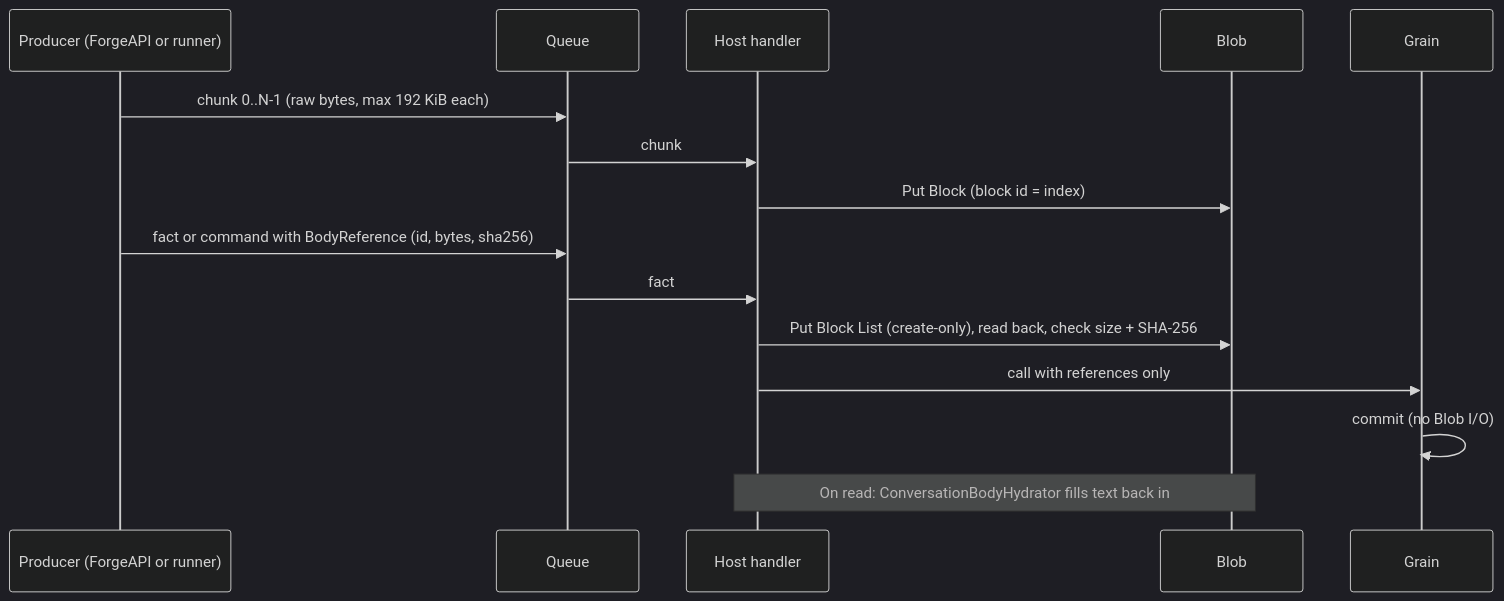
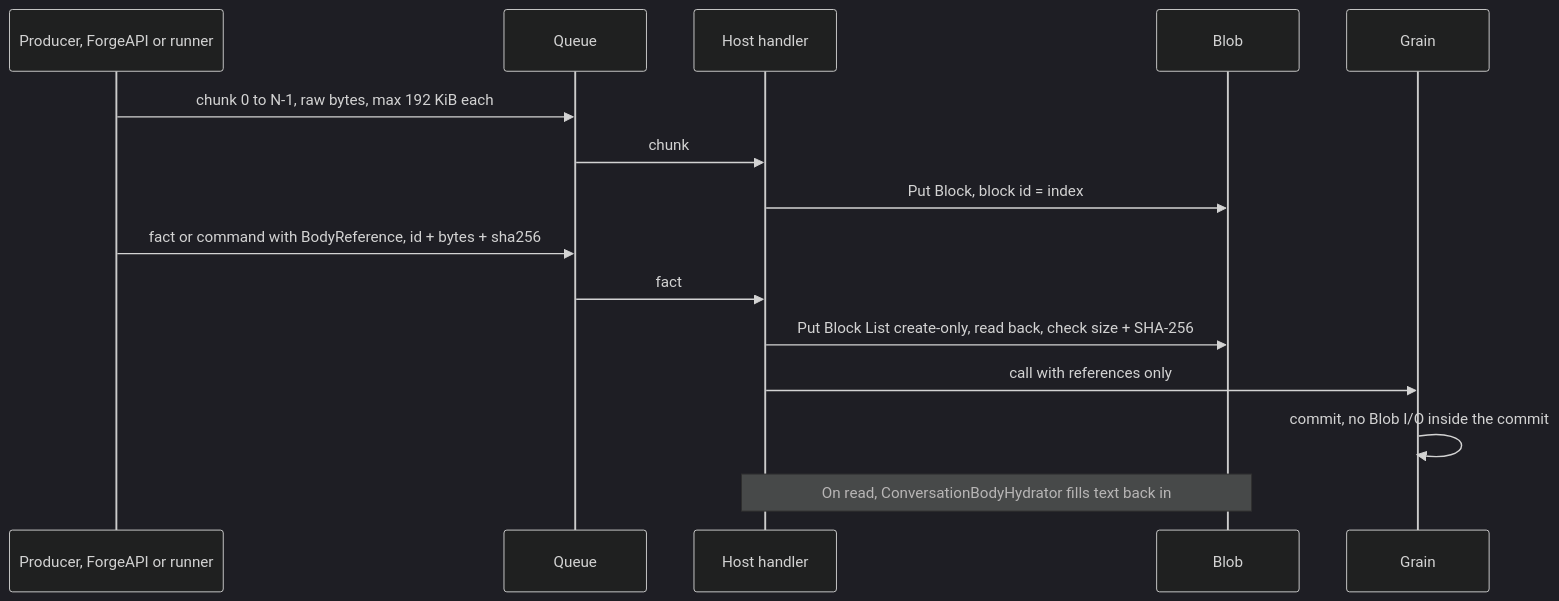
The fifth of 23 diagrams in docs/design/how-conversations-work.md (katasec/mission-control-language), drawn with Mermaid (dark theme) before and after one commit. The commit also changed other lines of this file and 2 other files, not shown here.

````diff
--- a/docs/design/how-conversations-work.md
+++ b/docs/design/how-conversations-work.md
@@ -144,17 +163,17 @@
 ```mermaid
 sequenceDiagram
-  participant P as Producer (ForgeAPI or runner)
+  participant P as Producer, ForgeAPI or runner
   participant Q as Queue
   participant H as Host handler
   participant B as Blob
   participant G as Grain
-  P->>Q: chunk 0..N-1 (raw bytes, max 192 KiB each)
+  P->>Q: chunk 0 to N-1, raw bytes, max 192 KiB each
   Q->>H: chunk
-  H->>B: Put Block (block id = index)
-  P->>Q: fact or command with BodyReference (id, bytes, sha256)
+  H->>B: Put Block, block id = index
+  P->>Q: fact or command with BodyReference, id + bytes + sha256
   Q->>H: fact
-  H->>B: Put Block List (create-only), read back, check size + SHA-256
+  H->>B: Put Block List create-only, read back, check size + SHA-256
   H->>G: call with references only
-  G->>G: commit (no Blob I/O)
-  Note over H,B: On read: ConversationBodyHydrator fills text back in
+  G->>G: commit, no Blob I/O inside the commit
+  Note over H,B: On read, ConversationBodyHydrator fills text back in
 ```
````
